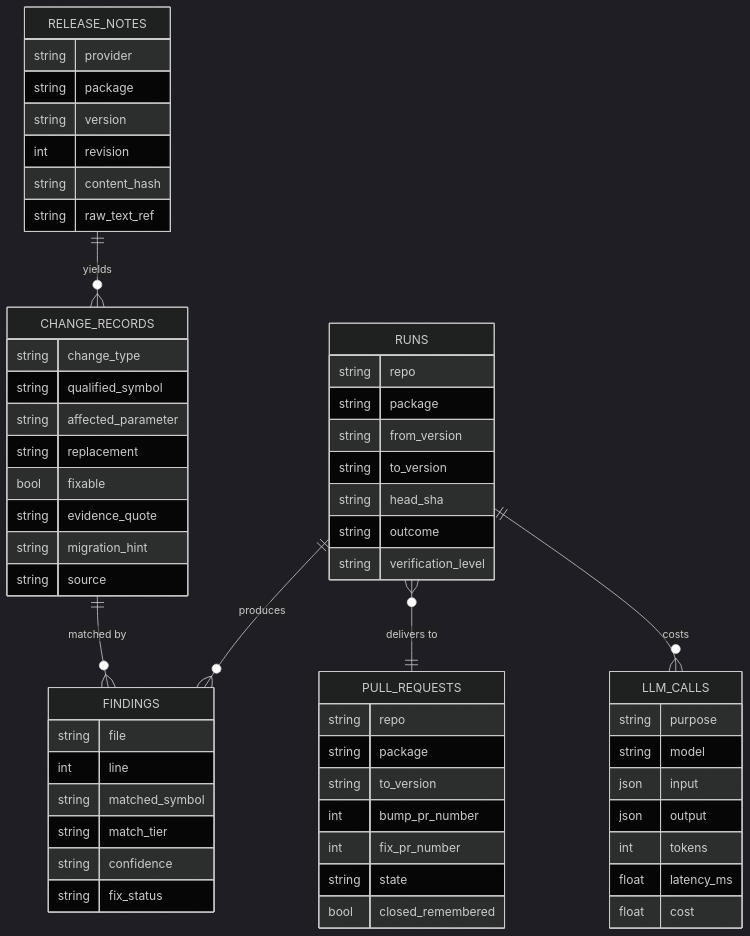
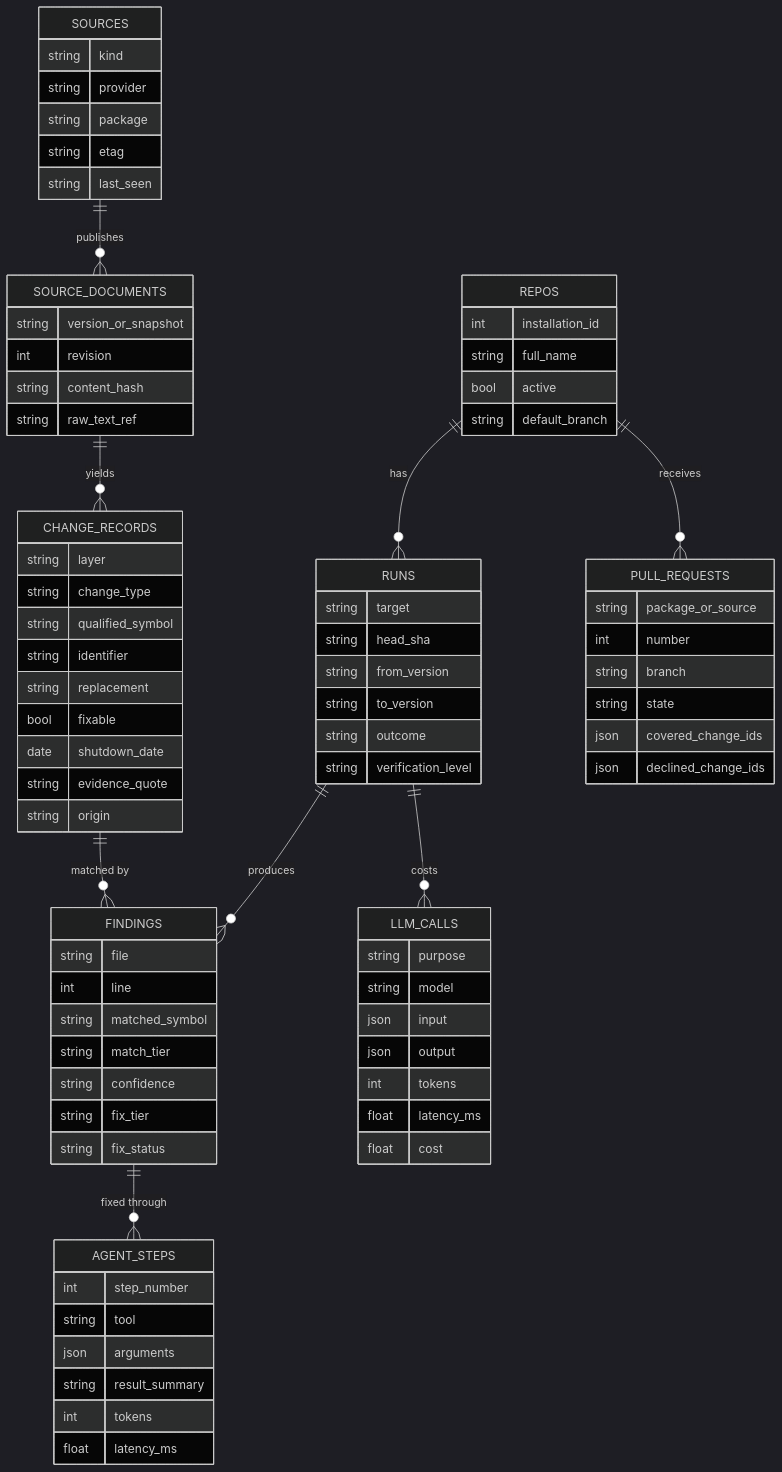
One commit to kavish924/API_agent changed the fifth of 6 diagrams in docs/architecture.md. Above: the diagram before and after it, drawn with Mermaid (dark theme). The commit also changed other lines of this file and 17 other files, not shown here.

````diff
--- a/docs/architecture.md
+++ b/docs/architecture.md
@@ -149,35 +202,49 @@
 ```mermaid
 erDiagram
-    RELEASE_NOTES ||--o{ CHANGE_RECORDS : "yields"
+    SOURCES ||--o{ SOURCE_DOCUMENTS : "publishes"
+    SOURCE_DOCUMENTS ||--o{ CHANGE_RECORDS : "yields"
+    REPOS ||--o{ RUNS : "has"
     RUNS ||--o{ FINDINGS : "produces"
     CHANGE_RECORDS ||--o{ FINDINGS : "matched by"
-    RUNS }o--|| PULL_REQUESTS : "delivers to"
+    REPOS ||--o{ PULL_REQUESTS : "receives"
     RUNS ||--o{ LLM_CALLS : "costs"
+    FINDINGS ||--o{ AGENT_STEPS : "fixed through"
 
-    RELEASE_NOTES {
+    REPOS {
+        int installation_id
+        string full_name
+        bool active
+        string default_branch
+    }
+    SOURCES {
+        string kind
         string provider
         string package
-        string version
+        string etag
+        string last_seen
+    }
+    SOURCE_DOCUMENTS {
+        string version_or_snapshot
         int revision
         string content_hash
         string raw_text_ref
     }
     CHANGE_RECORDS {
+        string layer
         string change_type
         string qualified_symbol
-        string affected_parameter
+        string identifier
         string replacement
         bool fixable
+        date shutdown_date
         string evidence_quote
-        string migration_hint
-        string source
+        string origin
     }
     RUNS {
-        string repo
-        string package
+        string target
+        string head_sha
         string from_version
         string to_version
-        string head_sha
         string outcome
         string verification_level
     }
@@ -187,16 +254,16 @@
         string matched_symbol
         string match_tier
         string confidence
+        string fix_tier
         string fix_status
     }
     PULL_REQUESTS {
-        string repo
-        string package
-        string to_version
-        int bump_pr_number
-        int fix_pr_number
+        string package_or_source
+        int number
+        string branch
         string state
-        bool closed_remembered
+        json covered_change_ids
+        json declined_change_ids
     }
     LLM_CALLS {
         string purpose
@@ -207,4 +274,12 @@
         float latency_ms
         float cost
     }
+    AGENT_STEPS {
+        int step_number
+        string tool
+        json arguments
+        string result_summary
+        int tokens
+        float latency_ms
+    }
 ```
````
